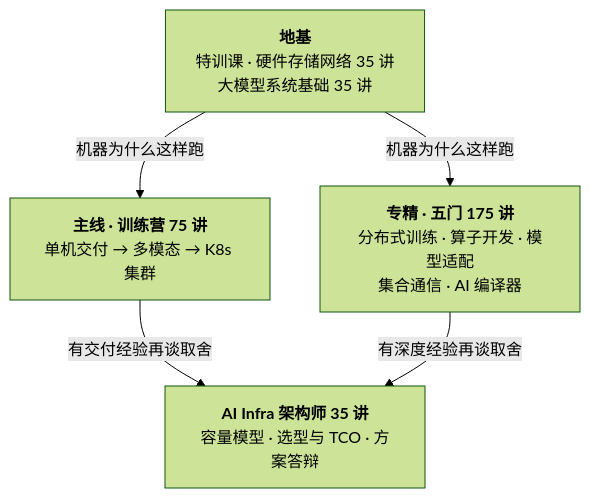
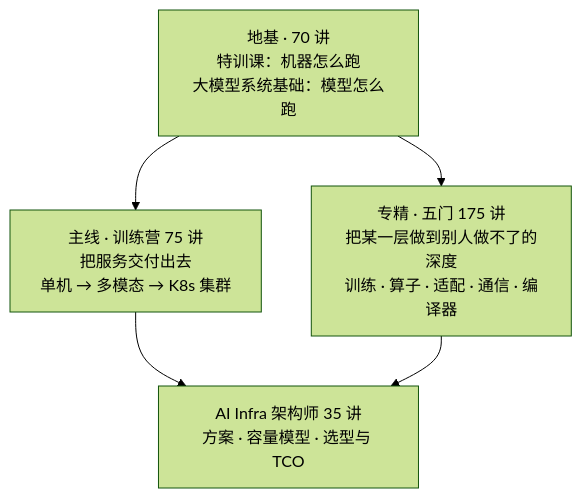
One commit to aiinfra-store/aiinfra-store changed the diagram in README.md. Above: the diagram before and after it, drawn with Mermaid (forest theme). The commit also changed other lines of this file, not shown here.

Commit message:
实验环境改成中性表述，修全景图，训练营三阶段补实验环境小节

````diff
--- a/README.md
+++ b/README.md
@@ -11,11 +11,11 @@
 ```mermaid
 flowchart TD
-    A["<b>地基</b><br/>特训课 · 硬件存储网络 35 讲<br/>大模型系统基础 35 讲"]
-    B["<b>主线 · 训练营 75 讲</b><br/>单机交付 → 多模态 → K8s 集群"]
-    C["<b>专精 · 五门 175 讲</b><br/>分布式训练 · 算子开发 · 模型适配<br/>集合通信 · AI 编译器"]
-    D["<b>AI Infra 架构师 35 讲</b><br/>容量模型 · 选型与 TCO · 方案答辩"]
-    A -->|机器为什么这样跑| B
-    A -->|机器为什么这样跑| C
-    B -->|有交付经验再谈取舍| D
-    C -->|有深度经验再谈取舍| D
+    A["地基 · 70 讲<br/>特训课：机器怎么跑<br/>大模型系统基础：模型怎么跑"]
+    B["主线 · 训练营 75 讲<br/>把服务交付出去<br/>单机 → 多模态 → K8s 集群"]
+    C["专精 · 五门 175 讲<br/>把某一层做到别人做不了的深度<br/>训练 · 算子 · 适配 · 通信 · 编译器"]
+    D["AI Infra 架构师 35 讲<br/>方案 · 容量模型 · 选型与 TCO"]
+    A --> B
+    A --> C
+    B --> D
+    C --> D
 ```
````
